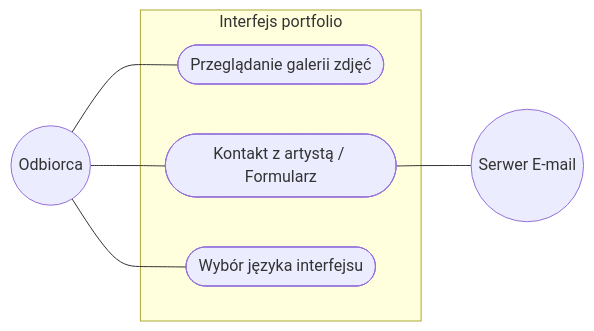
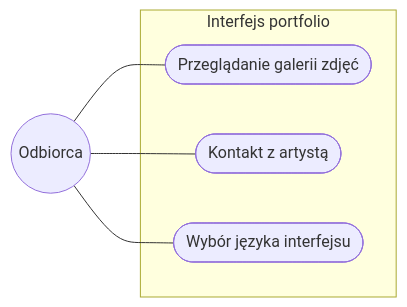
One commit to artsea-project/notes changed the first of 2 diagrams in general/md/przypadki_uzycia.md. Above: the diagram before and after it, drawn with Mermaid. The commit also changed other lines of this file and 3 other files, not shown here.

````diff
--- a/general/md/przypadki_uzycia.md
+++ b/general/md/przypadki_uzycia.md
@@ -5,16 +5,14 @@
 ```mermaid
 flowchart LR
     Odbiorca((Odbiorca))
-    SerwerEmail(("Serwer E-mail"))
 
     subgraph ArtSea [Interfejs portfolio]
         PU1([Przeglądanie galerii zdjęć])
-        PU2([Kontakt z artystą / Formularz])
+        PU2([Kontakt z artystą])
         PU3([Wybór języka interfejsu])
     end
-    
+
     Odbiorca --- PU1
     Odbiorca --- PU2
     Odbiorca --- PU3
-    PU2 --- SerwerEmail
 ```
````
